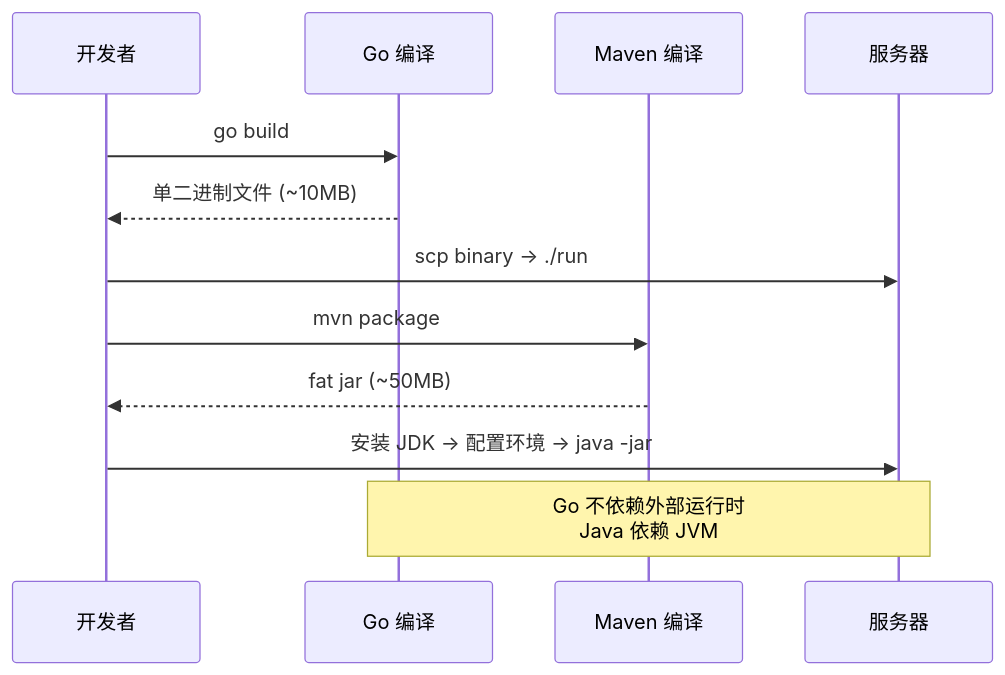
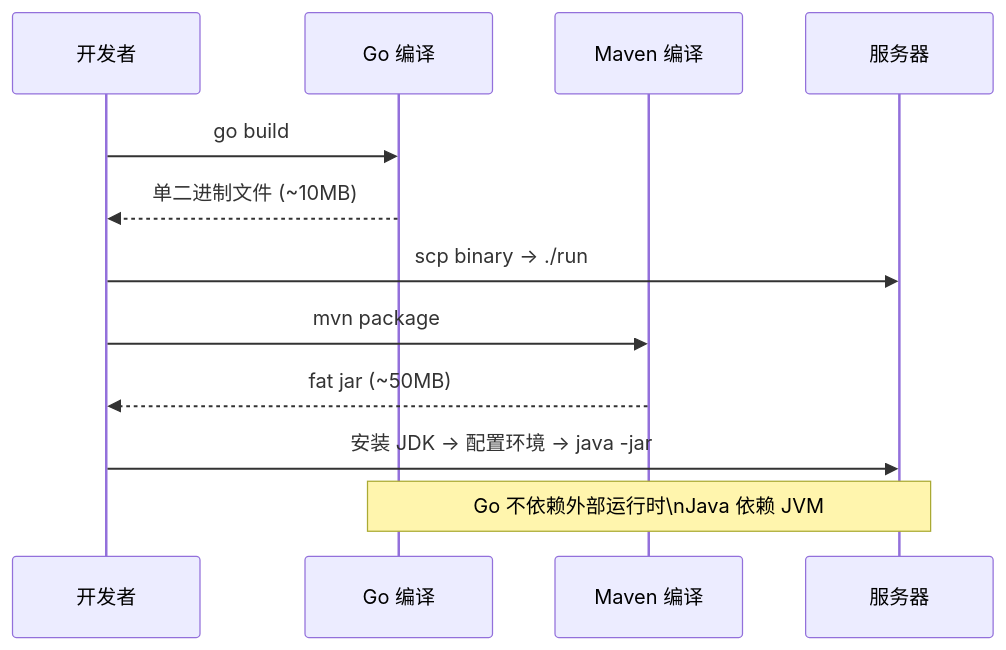
The third of 3 diagrams in content/posts/go/GoDesignPhilosophy.md (yaocat55/yaocat55.github.io), drawn with Mermaid before and after one commit. The commit also changed other lines of this file and 155 other files, not shown here.

````diff
--- a/content/posts/go/GoDesignPhilosophy.md
+++ b/content/posts/go/GoDesignPhilosophy.md
@@ -232,17 +232,17 @@
 ```mermaid
 sequenceDiagram
     participant Dev as 开发者
     participant GoBuild as Go 编译
     participant JBuild as Maven 编译
     participant Deploy as 服务器
     
     Dev->>GoBuild: go build
     GoBuild-->>Dev: 单二进制文件 (~10MB)
     Dev->>Deploy: scp binary → ./run
     
     Dev->>JBuild: mvn package
     JBuild-->>Dev: fat jar (~50MB)
     Dev->>Deploy: 安装 JDK → 配置环境 → java -jar
     
-    Note over GoBuild,Deploy: Go 不依赖外部运行时<br/>Java 依赖 JVM
+    Note over GoBuild,Deploy: Go 不依赖外部运行时\nJava 依赖 JVM
 ```
````
